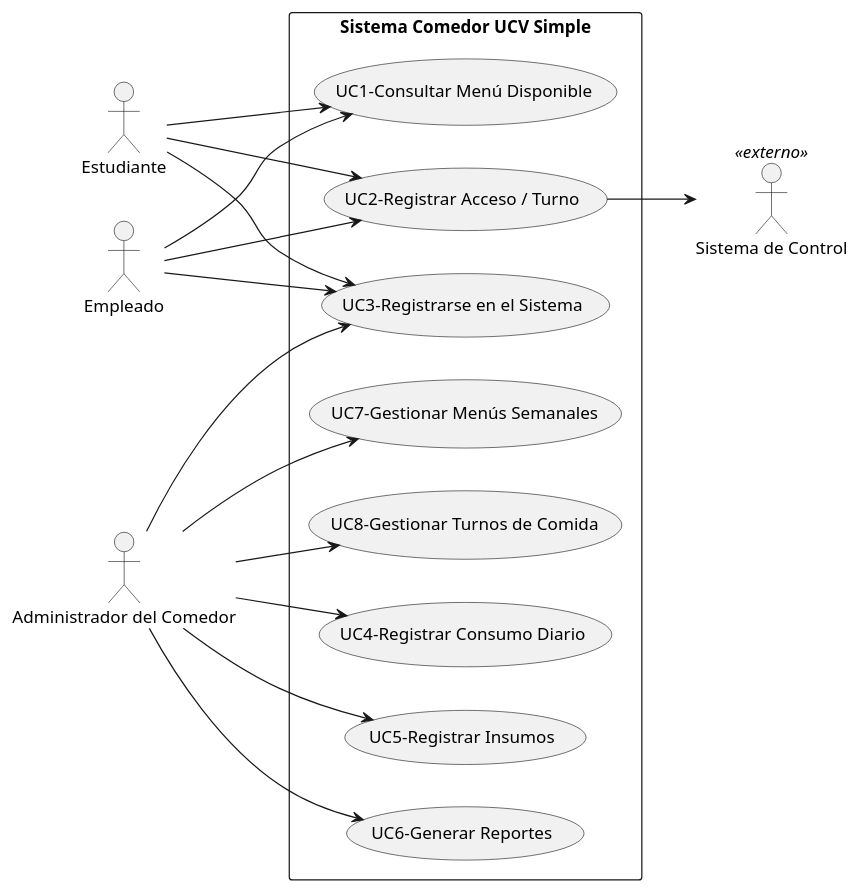
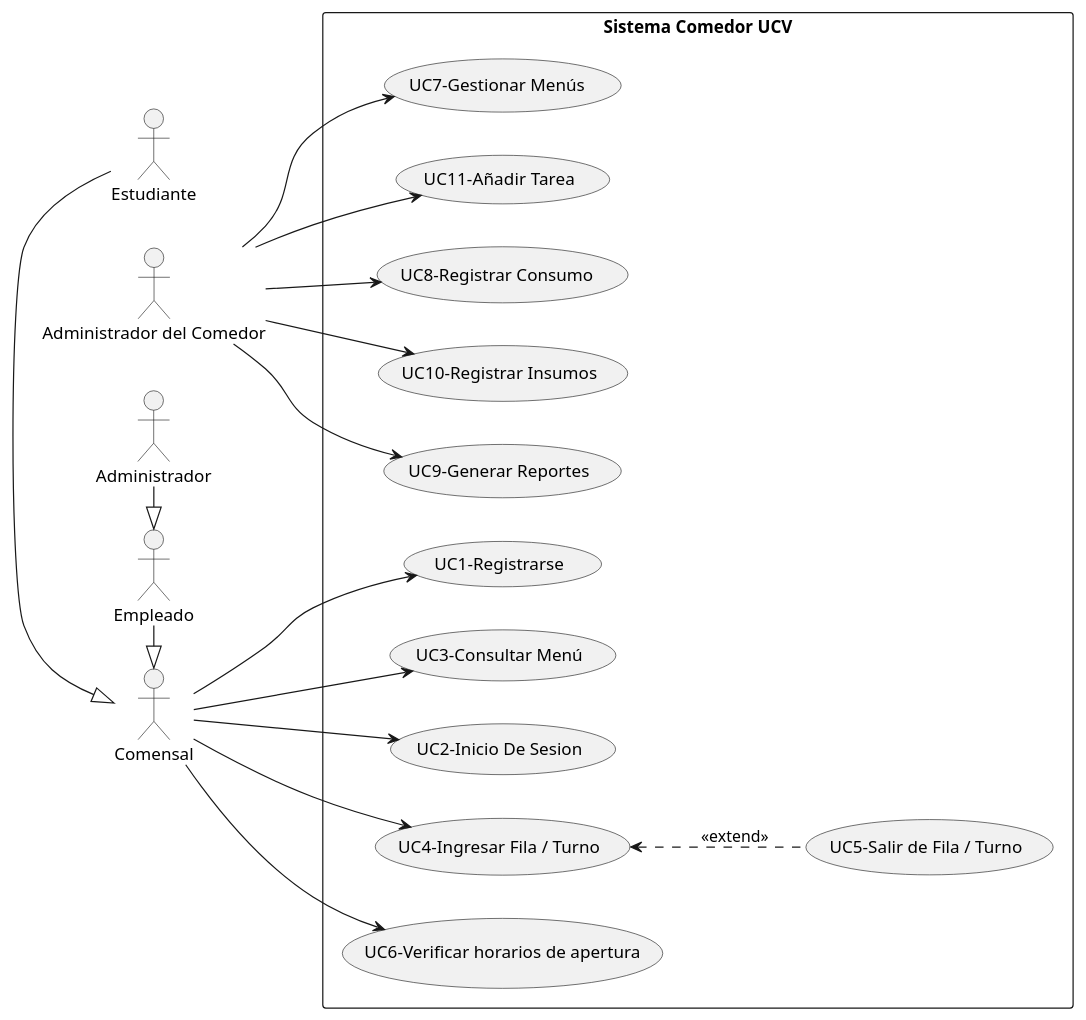
One commit to GodotCoffee28/PROYECTO-INGENIERIA-2025 changed the diagram in main/docs/modelo_caso_de _uso/modeloCasodeuso.puml. Above: the diagram before and after it, drawn with PlantUML. The commit also changed 2 other files, not shown here.

```diff
--- a/main/docs/modelo_caso_de _uso/modeloCasodeuso.puml
+++ b/main/docs/modelo_caso_de _uso/modeloCasodeuso.puml
@@ -1,42 +1,50 @@
 @startuml UseCase
 left to right direction
 
 ' Actores
+actor "Comensal" as UsuarioGeneral
+actor "Empleado" as Usuario2
 actor "Estudiante" as Usuario1
-actor "Empleado" as Usuario2
 actor "Administrador del Comedor" as Admin
-actor "Sistema de Control" as Sistema <<externo>>
 
-rectangle "Sistema Comedor UCV Simple" {
+
+Usuario1-|> UsuarioGeneral
+Usuario2-|> UsuarioGeneral
+Administrador-|> Usuario2
+rectangle "Sistema Comedor UCV" {
     
     ' Casos de Uso del Usuario
-    usecase "UC3-Registrarse en el Sistema" as UC_Registro
-    usecase "UC1-Consultar Menú Disponible" as UC_ConsultarMenu
-    usecase "UC2-Registrar Acceso / Turno" as UC_RegAcceso
+    usecase "UC1-Registrarse" as UC_Registro
+    usecase "UC3-Consultar Menú" as UC_ConsultarMenu
+    usecase "UC2-Inicio De Sesion" as UC_RegAcceso
+    usecase "UC4-Ingresar Fila / Turno" as UC_IngresarFila
+    usecase "UC5-Salir de Fila / Turno" as UC_SalirFila
+   UC_IngresarFila <.. UC_SalirFila : <<extend>>
+   usecase "UC6-Verificar horarios de apertura" as UC_verificar
+    
     
     'Casos de Uso del Administrador
-    usecase "UC7-Gestionar Menús Semanales" as UC_GestionarMenu
-    usecase "UC8-Gestionar Turnos de Comida" as UC_GestionarTurnos
-    usecase "UC4-Registrar Consumo Diario" as UC_RegConsumo
-    usecase "UC5-Registrar Insumos" as UC_RegInsumos
-    usecase "UC6-Generar Reportes" as UC_Reportes
+    usecase "UC7-Gestionar Menús " as UC_GestionarMenu
+    usecase "UC11-Añadir Tarea" as UC_GestionarTurnos
+    usecase "UC8-Registrar Consumo " as UC_RegConsumo
+    usecase "UC10-Registrar Insumos" as UC_RegInsumos
+    usecase "UC9-Generar Reportes" as UC_Reportes
 
-    ' Relaciones (Asociaciones)
-    Usuario1 --> UC_Registro
-    Usuario1 --> UC_ConsultarMenu
-    Usuario1 --> UC_RegAcceso
+    ' Relaciones
 
-    Usuario2 --> UC_Registro
-    Usuario2 --> UC_ConsultarMenu
-    Usuario2 --> UC_RegAcceso
+    UsuarioGeneral--> UC_Registro
+    UsuarioGeneral--> UC_ConsultarMenu
+    UsuarioGeneral --> UC_RegAcceso
+    UsuarioGeneral --> UC_IngresarFila
+    UsuarioGeneral --> UC_verificar
     
     Admin --> UC_GestionarMenu
     Admin --> UC_GestionarTurnos
     Admin --> UC_RegConsumo
     Admin --> UC_RegInsumos
     Admin --> UC_Reportes
-    Admin --> UC_Registro
     
-    UC_RegAcceso --> Sistema
+
+    
 }
 @enduml
```
